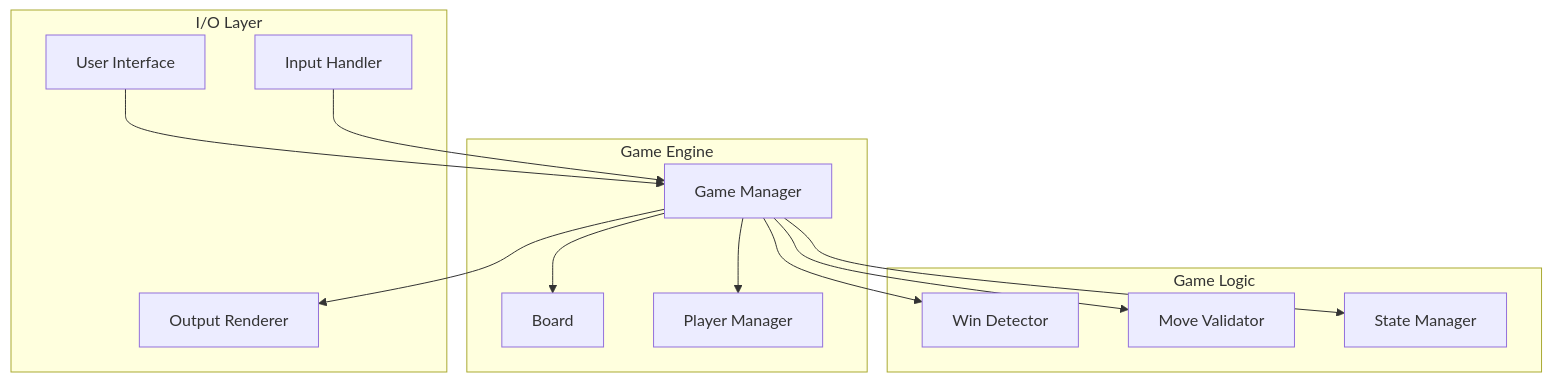
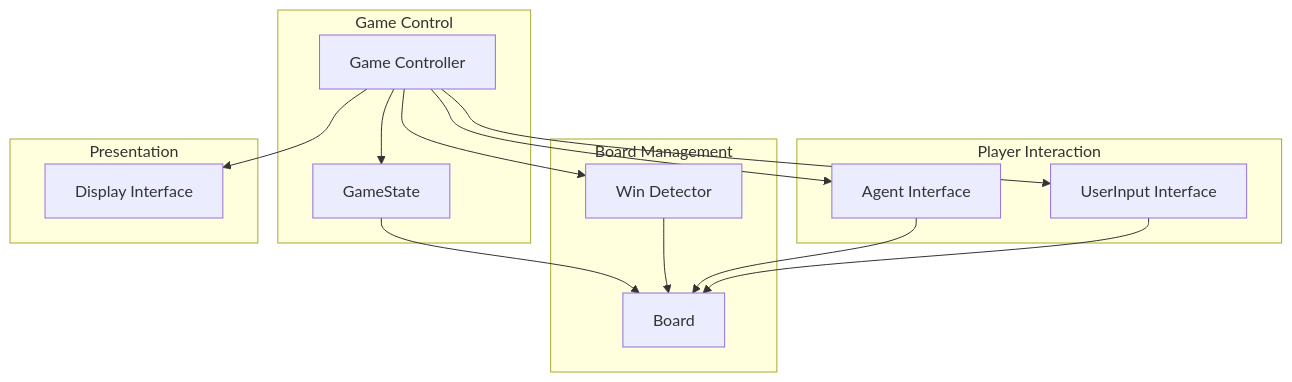
One commit to jashar86/tic-tac-toe changed the first of 15 diagrams in docs/REFERENCE_ARCHITECTURE.md. Above: the diagram before and after it, drawn with Mermaid. The commit also changed other lines of this file, not shown here.

````diff
--- a/docs/REFERENCE_ARCHITECTURE.md
+++ b/docs/REFERENCE_ARCHITECTURE.md
@@ -50,29 +73,31 @@
 ```mermaid
 graph TB
-    subgraph "Game Engine"
-        GM[Game Manager]
-        B[Board]
-        P[Player Manager]
+    subgraph "Game Control"
+        GC[Game Controller]
+        GS[GameState]
     end
 
-    subgraph "Game Logic"
+    subgraph "Board Management"
+        B[Board]
         WD[Win Detector]
-        MV[Move Validator]
-        SM[State Manager]
     end
 
-    subgraph "I/O Layer"
-        UI[User Interface]
-        IN[Input Handler]
-        OUT[Output Renderer]
+    subgraph "Player Interaction"
+        A[Agent Interface]
+        UI[UserInput Interface]
     end
 
-    UI --> GM
-    GM --> B
-    GM --> P
-    GM --> WD
-    GM --> MV
-    GM --> SM
-    IN --> GM
-    GM --> OUT
+    subgraph "Presentation"
+        D[Display Interface]
+    end
+
+    GC --> GS
+    GS --> B
+    GC --> A
+    GC --> UI
+    GC --> D
+    GC --> WD
+    WD --> B
+    A --> B
+    UI --> B
 ```
````
